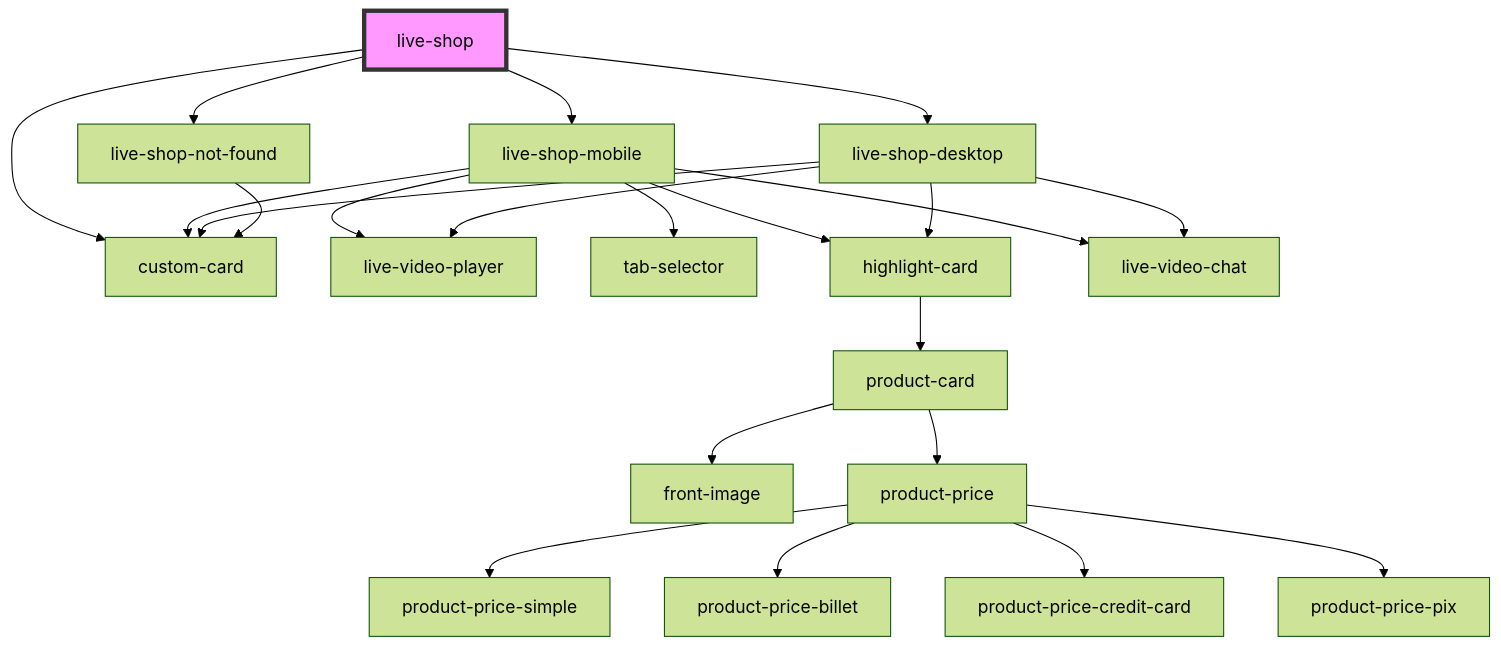
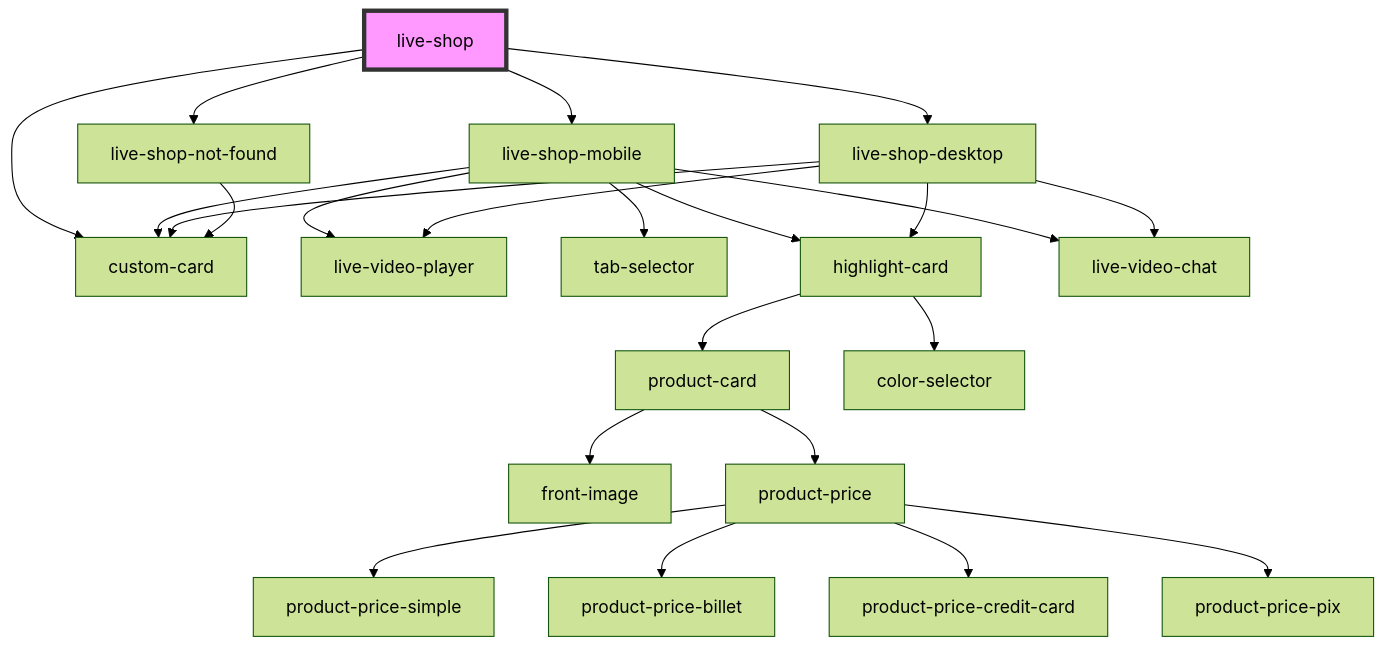
Before and after one commit to commerce-suite/storefront-components: the diagram in src/components/live-shop/readme.md, drawn with Mermaid (forest theme). The commit also changed 10 other files, not shown here.

````diff
--- a/src/components/live-shop/readme.md
+++ b/src/components/live-shop/readme.md
@@ -33,25 +33,26 @@
 ```mermaid
 graph TD;
   live-shop --> custom-card
   live-shop --> live-shop-mobile
   live-shop --> live-shop-desktop
   live-shop --> live-shop-not-found
   live-shop-mobile --> live-video-player
   live-shop-mobile --> custom-card
   live-shop-mobile --> tab-selector
   live-shop-mobile --> highlight-card
   live-shop-mobile --> live-video-chat
   highlight-card --> product-card
+  highlight-card --> color-selector
   product-card --> front-image
   product-card --> product-price
   product-price --> product-price-simple
   product-price --> product-price-billet
   product-price --> product-price-credit-card
   product-price --> product-price-pix
   live-shop-desktop --> live-video-player
   live-shop-desktop --> live-video-chat
   live-shop-desktop --> highlight-card
   live-shop-desktop --> custom-card
   live-shop-not-found --> custom-card
   style live-shop fill:#f9f,stroke:#333,stroke-width:4px
 ```
````
